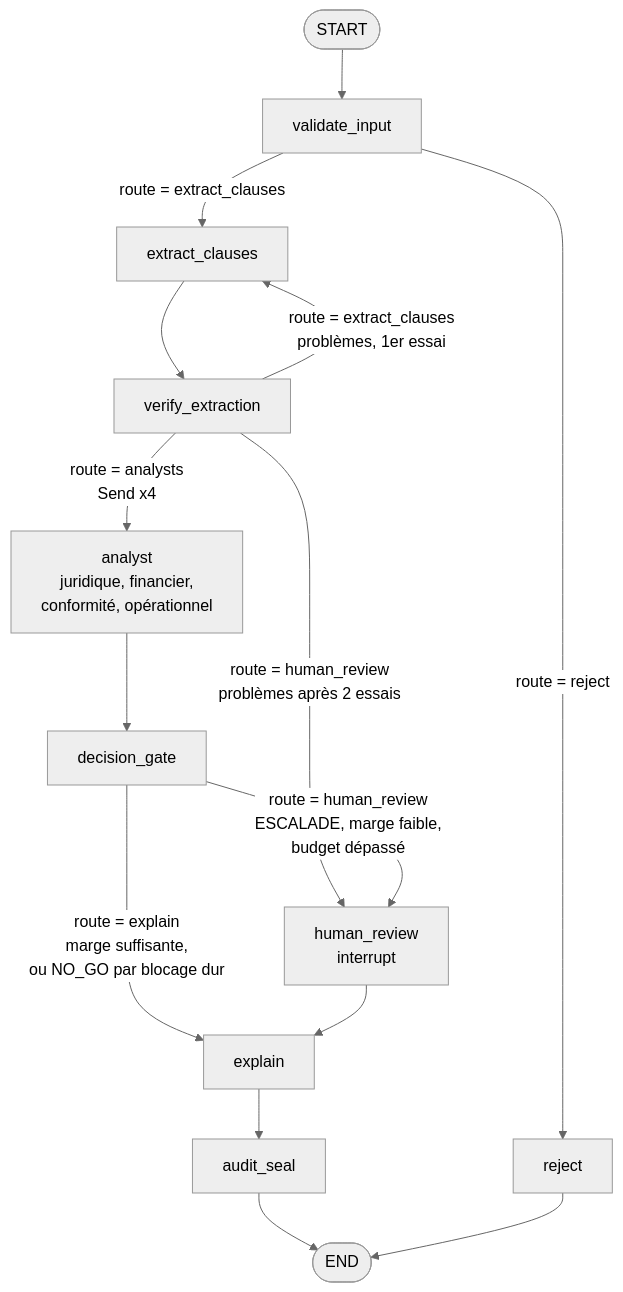
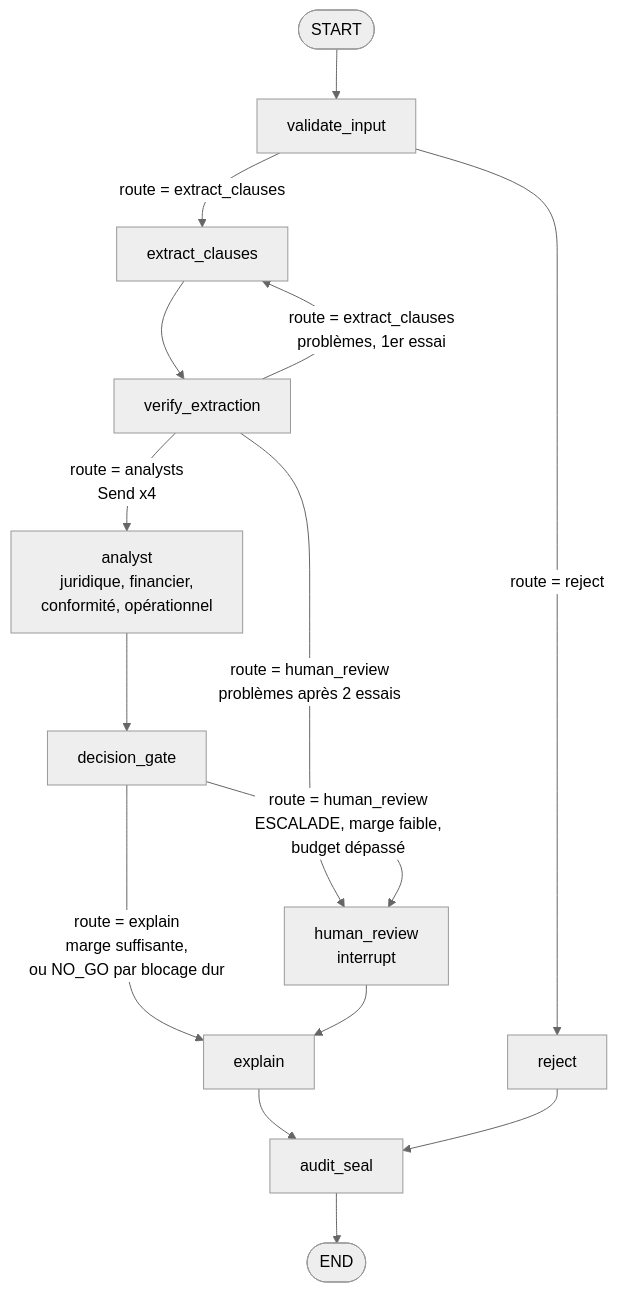
Before and after one commit to sifir-gun/contract-decision-graph: the diagram in docs/spec-phase1.md, drawn with Mermaid (neutral theme). The commit also changed other lines of this file and 1 other file, not shown here.

````diff
--- a/docs/spec-phase1.md
+++ b/docs/spec-phase1.md
@@ -38,17 +38,17 @@
 ```mermaid
 flowchart TD
     S([START]) --> V[validate_input]
     V -->|route = reject| R[reject]
     V -->|route = extract_clauses| X[extract_clauses]
     X --> VX[verify_extraction]
     VX -->|route = extract_clauses<br/>problèmes, 1er essai| X
     VX -->|route = human_review<br/>problèmes après 2 essais| H
     VX -->|route = analysts<br/>Send x4| A[analyst<br/>juridique, financier,<br/>conformité, opérationnel]
     A --> G[decision_gate]
     G -->|route = explain<br/>marge suffisante,<br/>ou NO_GO par blocage dur| E[explain]
     G -->|route = human_review<br/>ESCALADE, marge faible,<br/>budget dépassé| H[human_review<br/>interrupt]
     H --> E
     E --> AU[audit_seal]
     AU --> F([END])
-    R --> F
+    R --> AU
 ```
````
